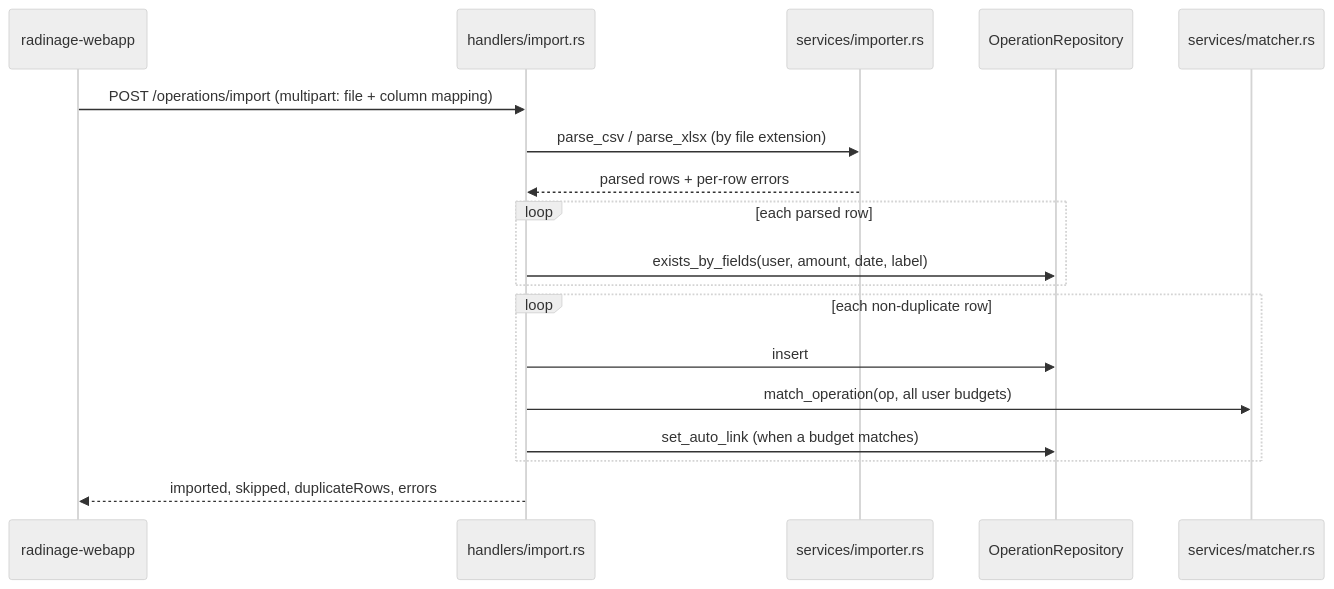
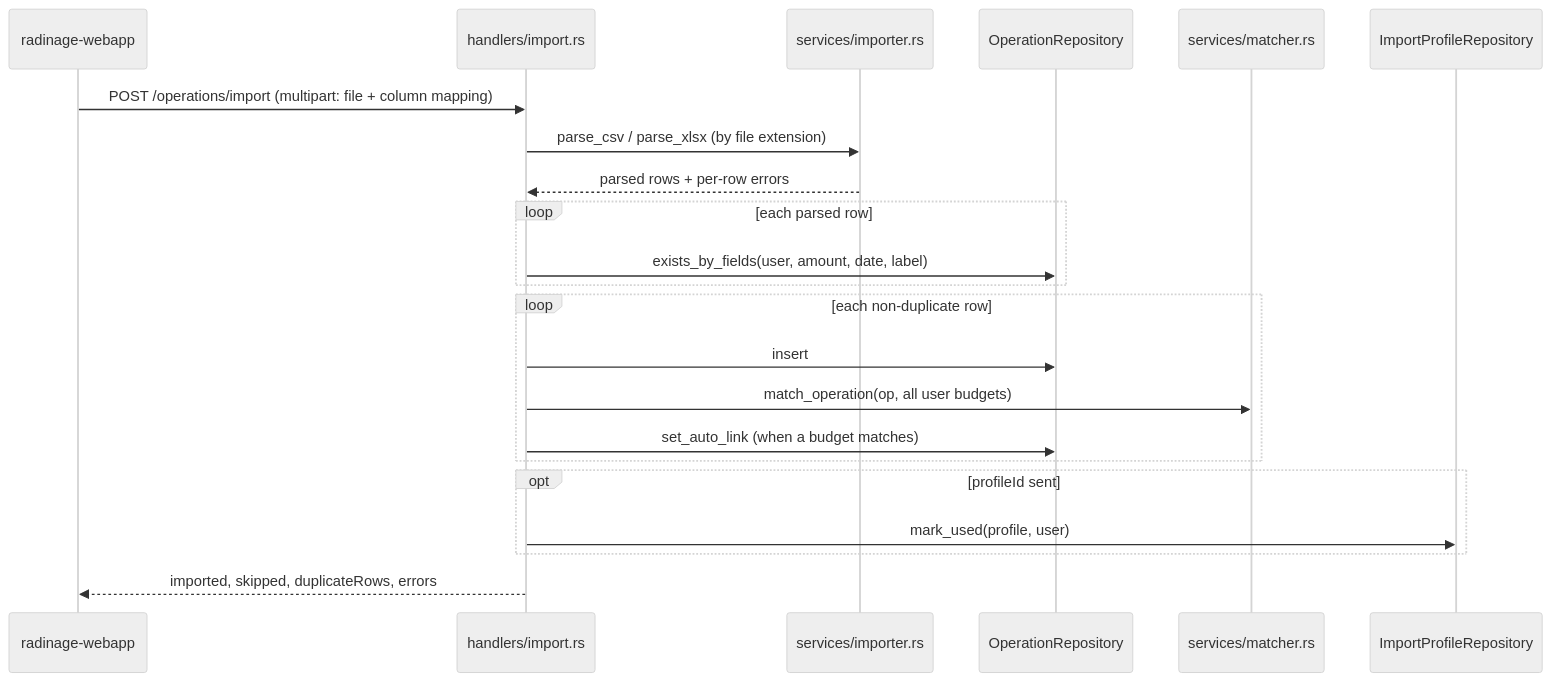
The second of 2 diagrams in ARCHITECTURE.md (leroyguillaume/radinage), drawn with Mermaid (neutral theme) before and after one commit. The commit also changed other lines of this file and 36 other files, not shown here.

````diff
--- a/ARCHITECTURE.md
+++ b/ARCHITECTURE.md
@@ -96,20 +98,24 @@
 ```mermaid
 sequenceDiagram
     participant SPA as radinage-webapp
     participant H as handlers/import.rs
     participant I as services/importer.rs
     participant R as OperationRepository
     participant M as services/matcher.rs
+    participant P as ImportProfileRepository
     SPA->>H: POST /operations/import (multipart: file + column mapping)
     H->>I: parse_csv / parse_xlsx (by file extension)
     I-->>H: parsed rows + per-row errors
     loop each parsed row
         H->>R: exists_by_fields(user, amount, date, label)
     end
     loop each non-duplicate row
         H->>R: insert
         H->>M: match_operation(op, all user budgets)
         H->>R: set_auto_link (when a budget matches)
     end
+    opt profileId sent
+        H->>P: mark_used(profile, user)
+    end
     H-->>SPA: imported, skipped, duplicateRows, errors
 ```
````
